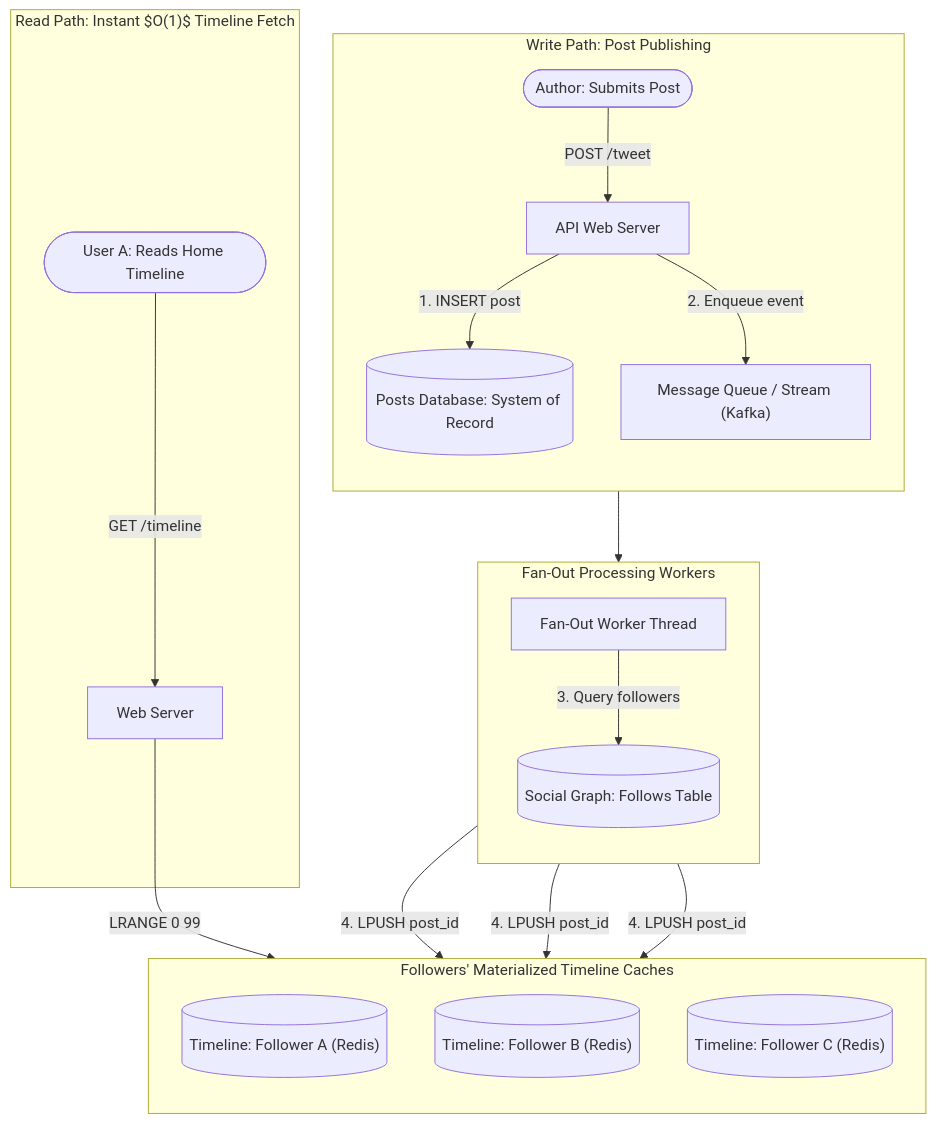
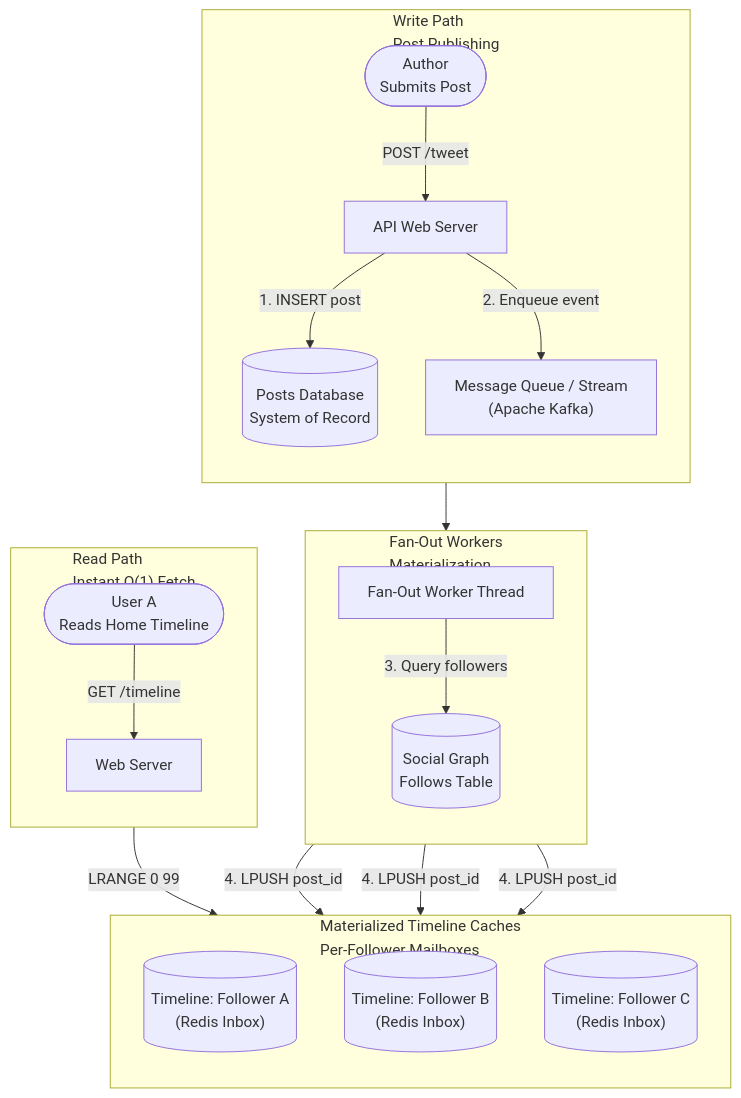
The second of 6 diagrams in 01 Designing Data-Intensive Applications/chapter-02-defining-nonfunctional-requirements.md (1mimhe/books-summery), drawn with Mermaid before and after one commit. The commit also changed other lines of this file and 2 other files, not shown here.

Commit message:
docs(book01): forensic rewrite ch01-03 (serverless/HPC, 6-fig split, GraphQL/DataFrames/Turtle, figs 3-7/3-9)

````diff
--- a/01 Designing Data-Intensive Applications/chapter-02-defining-nonfunctional-requirements.md
+++ b/01 Designing Data-Intensive Applications/chapter-02-defining-nonfunctional-requirements.md
@@ -192,27 +265,28 @@
 ```mermaid
 flowchart TD
-  subgraph SG_WRITE["Write Path: Post Publishing"]
+  subgraph SG_WRITE["Write Path<br/>Post Publishing"]
     direction TB
-    AUTHOR([Author: Submits Post]) -->|"POST /tweet"| API["API Web Server"]
-    API -->|"1. INSERT post"| DB[(Posts Database: System of Record)]
-    API -->|"2. Enqueue event"| QUEUE["Message Queue / Stream (Kafka)"]
+    AUTHOR([Author<br/>Submits Post]) -->|"POST /tweet"| API["API Web Server"]
+    API -->|"1. INSERT post"| DB[(Posts Database<br/>System of Record)]
+    API -->|"2. Enqueue event"| QUEUE["Message Queue / Stream<br/>(Apache Kafka)"]
   end
 
-  subgraph SG_FANOUT["Fan-Out Processing Workers"]
+  subgraph SG_FANOUT["Fan-Out Workers<br/>Materialization"]
     direction TB
     QUEUE --> WORKER["Fan-Out Worker Thread"]
-    WORKER -->|"3. Query followers"| GRAPH[(Social Graph: Follows Table)]
+    WORKER -->|"3. Query followers"| GRAPH[(Social Graph<br/>Follows Table)]
   end
 
-  subgraph SG_CACHES["Followers' Materialized Timeline Caches"]
+  subgraph SG_CACHES["Materialized Timeline Caches<br/>Per-Follower Mailboxes"]
     direction TB
-    WORKER -->|"4. LPUSH post_id"| CACHE1[("Timeline: Follower A (Redis)")]
-    WORKER -->|"4. LPUSH post_id"| CACHE2[("Timeline: Follower B (Redis)")]
-    WORKER -->|"4. LPUSH post_id"| CACHE3[("Timeline: Follower C (Redis)")]
+    WORKER -->|"4. LPUSH post_id"| CACHE1[("Timeline: Follower A<br/>(Redis Inbox)")]
+    WORKER -->|"4. LPUSH post_id"| CACHE2[("Timeline: Follower B<br/>(Redis Inbox)")]
+    WORKER -->|"4. LPUSH post_id"| CACHE3[("Timeline: Follower C<br/>(Redis Inbox)")]
   end
 
-  subgraph SG_READ["Read Path: Instant $O(1)$ Timeline Fetch"]
-    USER([User A: Reads Home Timeline]) -->|"GET /timeline"| WEB["Web Server"]
+  subgraph SG_READ["Read Path<br/>Instant O(1) Fetch"]
+    direction TB
+    USER([User A<br/>Reads Home Timeline]) -->|"GET /timeline"| WEB["Web Server"]
     WEB -->|"LRANGE 0 99"| CACHE1
   end
 ```
````
